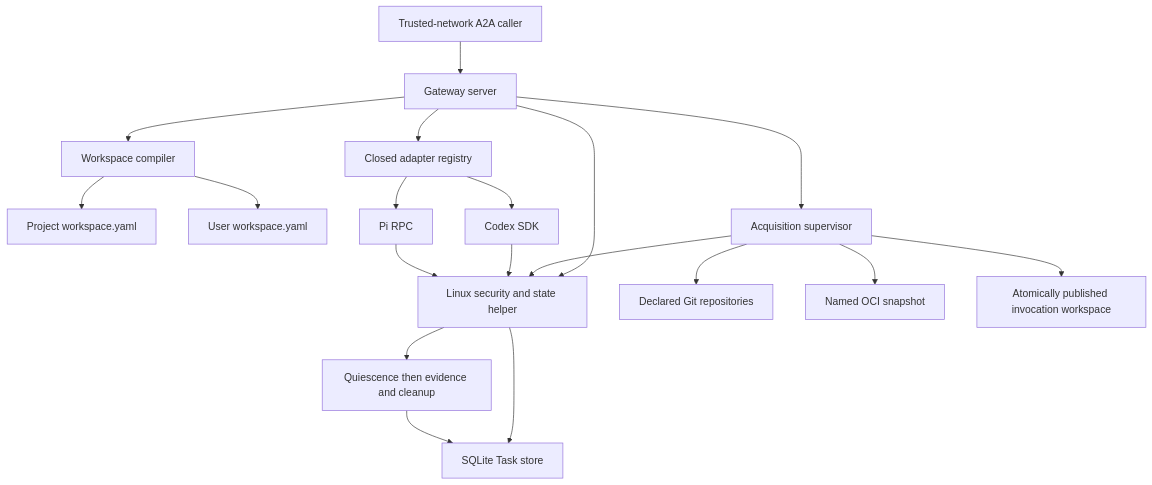
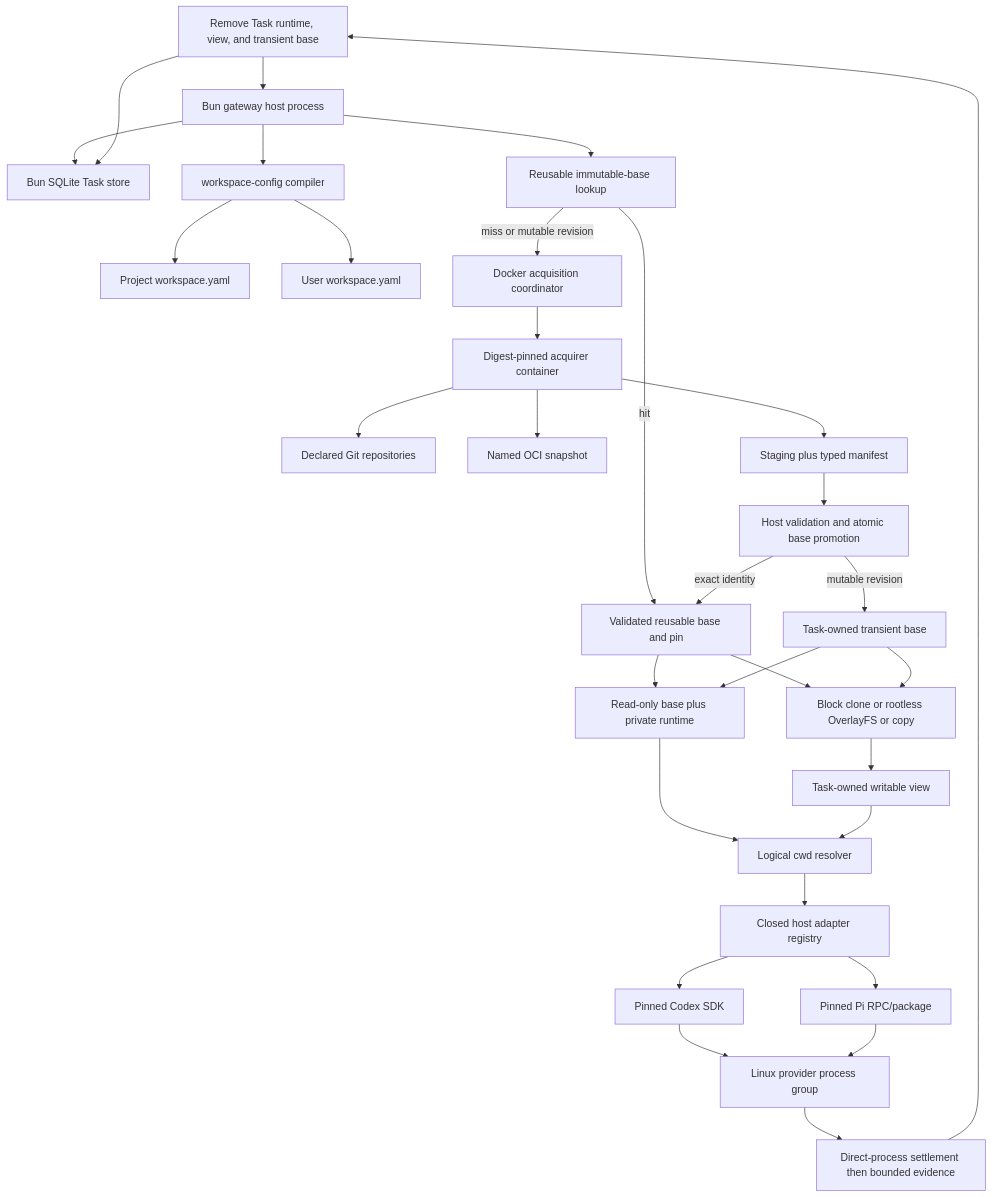
The diagram in docs/plans/2026-09-18-0837-feat-coding-execution-gateway-plan.md (allagentsdev/allagents), drawn with Mermaid before and after one commit. The commit also changed other lines of this file and 1 other file, not shown here.

Commit message:
docs(architecture): define reusable execution workspaces

````diff
--- a/docs/plans/2026-09-18-0837-feat-coding-execution-gateway-plan.md
+++ b/docs/plans/2026-09-18-0837-feat-coding-execution-gateway-plan.md
@@ -918,21 +1223,33 @@
 ```mermaid
 flowchart TB
-  C[Trusted-network A2A caller] --> G[Gateway server]
-  G --> H[Linux security and state helper]
-  H --> S[SQLite Task store]
-  G --> W[Workspace compiler]
+  C[Trusted-network A2A caller] --> G[Bun gateway host process]
+  G --> S[Bun SQLite Task store]
+  G --> W[workspace-config compiler]
   W --> PW[Project workspace.yaml]
   W --> UW[User workspace.yaml]
-  G --> A[Acquisition supervisor]
+  G --> BL[Reusable immutable-base lookup]
+  BL -->|hit| RB[Validated reusable base and pin]
+  BL -->|miss or mutable revision| D[Docker acquisition coordinator]
+  D --> A[Digest-pinned acquirer container]
   A --> Git[Declared Git repositories]
   A --> OCI[Named OCI snapshot]
-  A --> H
-  A --> P[Atomically published invocation workspace]
-  G --> R[Closed adapter registry]
-  R --> Codex[Codex SDK]
-  R --> Pi[Pi RPC]
-  Codex --> H
-  Pi --> H
-  H --> E[Quiescence then evidence and cleanup]
-  E --> S
+  A --> ST[Staging plus typed manifest]
+  ST --> V[Host validation and atomic base promotion]
+  V -->|exact identity| RB
+  V -->|mutable revision| TB[Task-owned transient base]
+  RB --> RO[Read-only base plus private runtime]
+  TB --> RO
+  RB --> M[Block clone or rootless OverlayFS or copy]
+  TB --> M
+  M --> RW[Task-owned writable view]
+  RO --> WD[Logical cwd resolver]
+  RW --> WD
+  WD --> R[Closed host adapter registry]
+  R --> Codex[Pinned Codex SDK]
+  R --> Pi[Pinned Pi RPC/package]
+  Codex --> PG[Linux provider process group]
+  Pi --> PG
+  PG --> E[Direct-process settlement then bounded evidence]
+  E --> C[Remove Task runtime, view, and transient base]
+  C --> S
 ```
````
